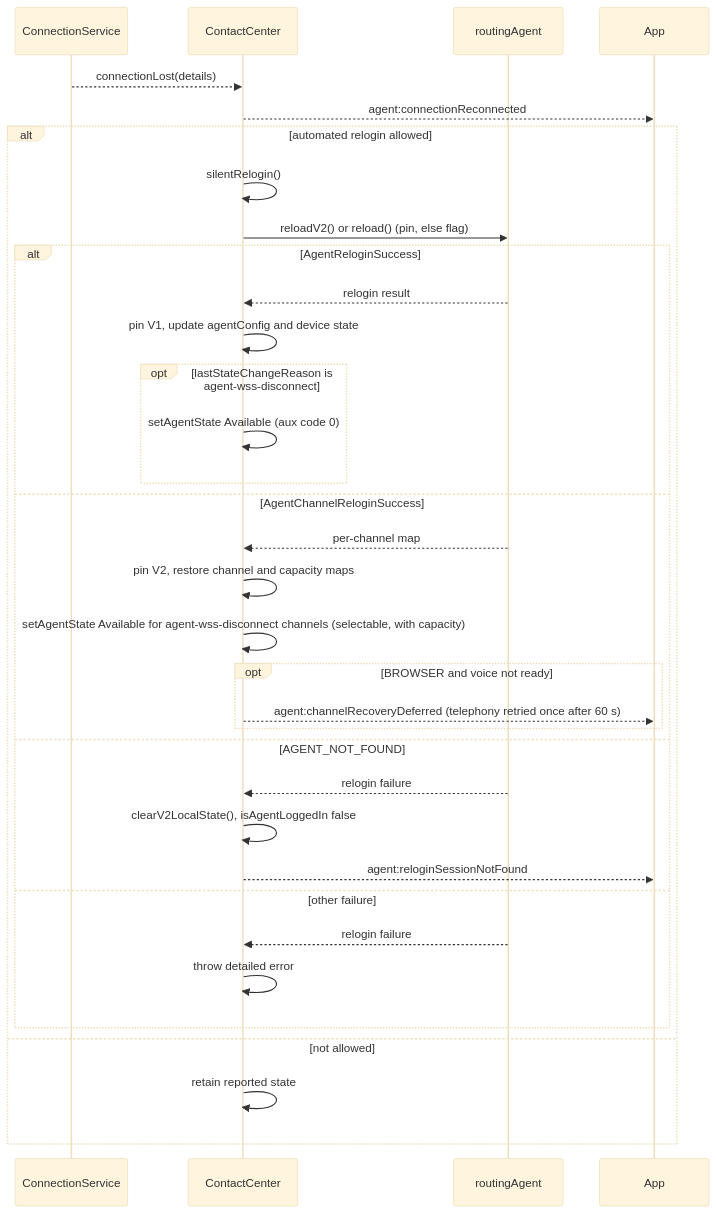
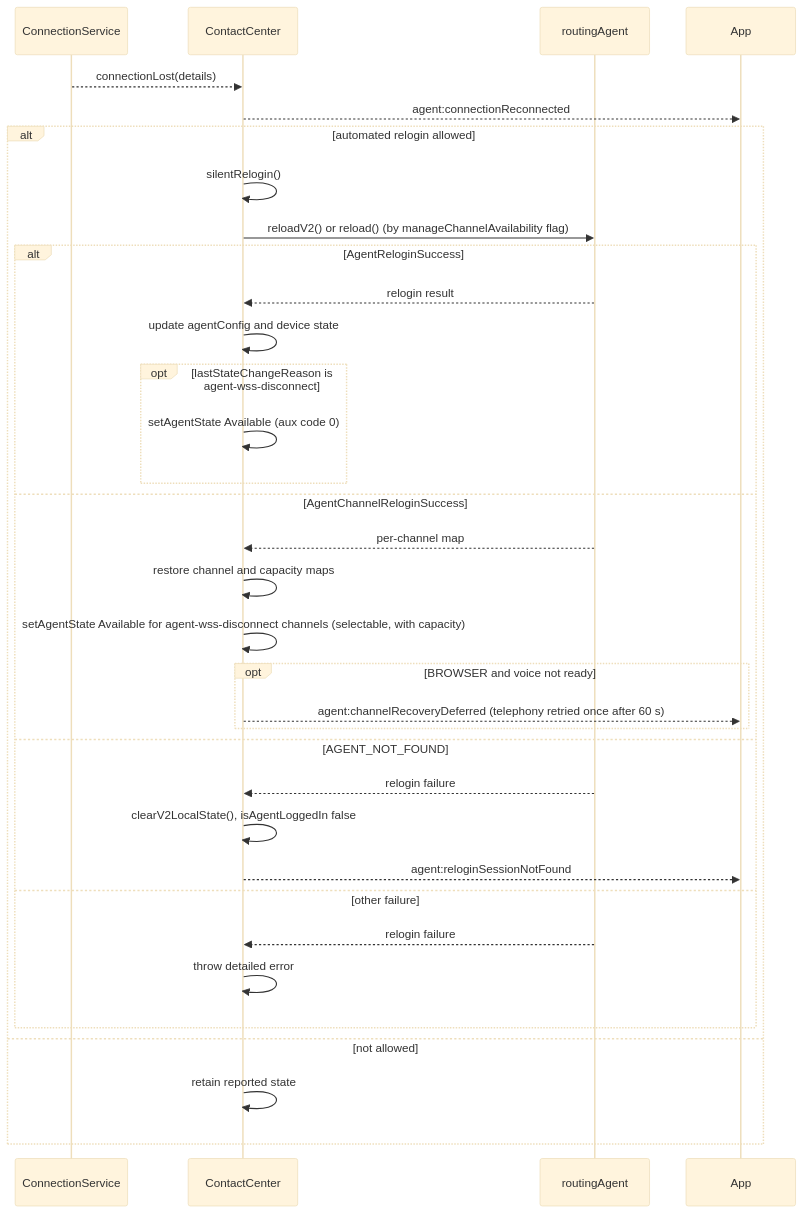
One commit to webex/webex-js-sdk changed the fifth of 7 diagrams in packages/@webex/contact-center/src/services/agent/docs/README.md. Above: the diagram before and after it, drawn with Mermaid (base theme). The commit also changed other lines of this file and 4 other files, not shown here.

First line of the commit message:
refactor(contact-center): remove pinnedVersion - use manageChannelAvailability directly

````diff
--- a/packages/@webex/contact-center/src/services/agent/docs/README.md
+++ b/packages/@webex/contact-center/src/services/agent/docs/README.md
@@ -512,36 +512,36 @@
 ```mermaid
 sequenceDiagram
   participant CS as ConnectionService
   participant CC as ContactCenter
   participant Agent as routingAgent
   participant App
   CS-->>CC: connectionLost(details)
   CC-->>App: agent:connectionReconnected
   alt automated relogin allowed
     CC->>CC: silentRelogin()
-    CC->>Agent: reloadV2() or reload() (pin, else flag)
+    CC->>Agent: reloadV2() or reload() (by manageChannelAvailability flag)
     alt AgentReloginSuccess
       Agent-->>CC: relogin result
-      CC->>CC: pin V1, update agentConfig and device state
+      CC->>CC: update agentConfig and device state
       opt lastStateChangeReason is agent-wss-disconnect
         CC->>CC: setAgentState Available (aux code 0)
       end
     else AgentChannelReloginSuccess
       Agent-->>CC: per-channel map
-      CC->>CC: pin V2, restore channel and capacity maps
+      CC->>CC: restore channel and capacity maps
       CC->>CC: setAgentState Available for agent-wss-disconnect channels (selectable, with capacity)
       opt BROWSER and voice not ready
         CC-->>App: agent:channelRecoveryDeferred (telephony retried once after 60 s)
       end
     else AGENT_NOT_FOUND
       Agent-->>CC: relogin failure
       CC->>CC: clearV2LocalState(), isAgentLoggedIn false
       CC-->>App: agent:reloginSessionNotFound
     else other failure
       Agent-->>CC: relogin failure
       CC->>CC: throw detailed error
     end
   else not allowed
     CC->>CC: retain reported state
   end
 ```
````
